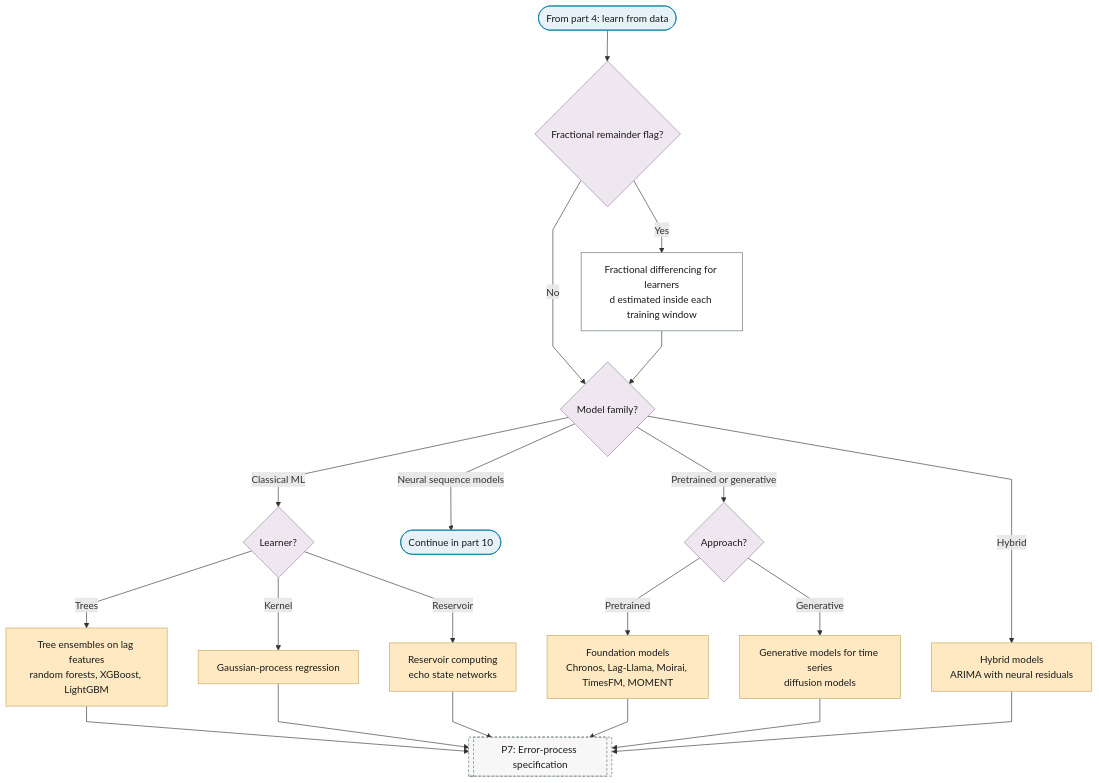
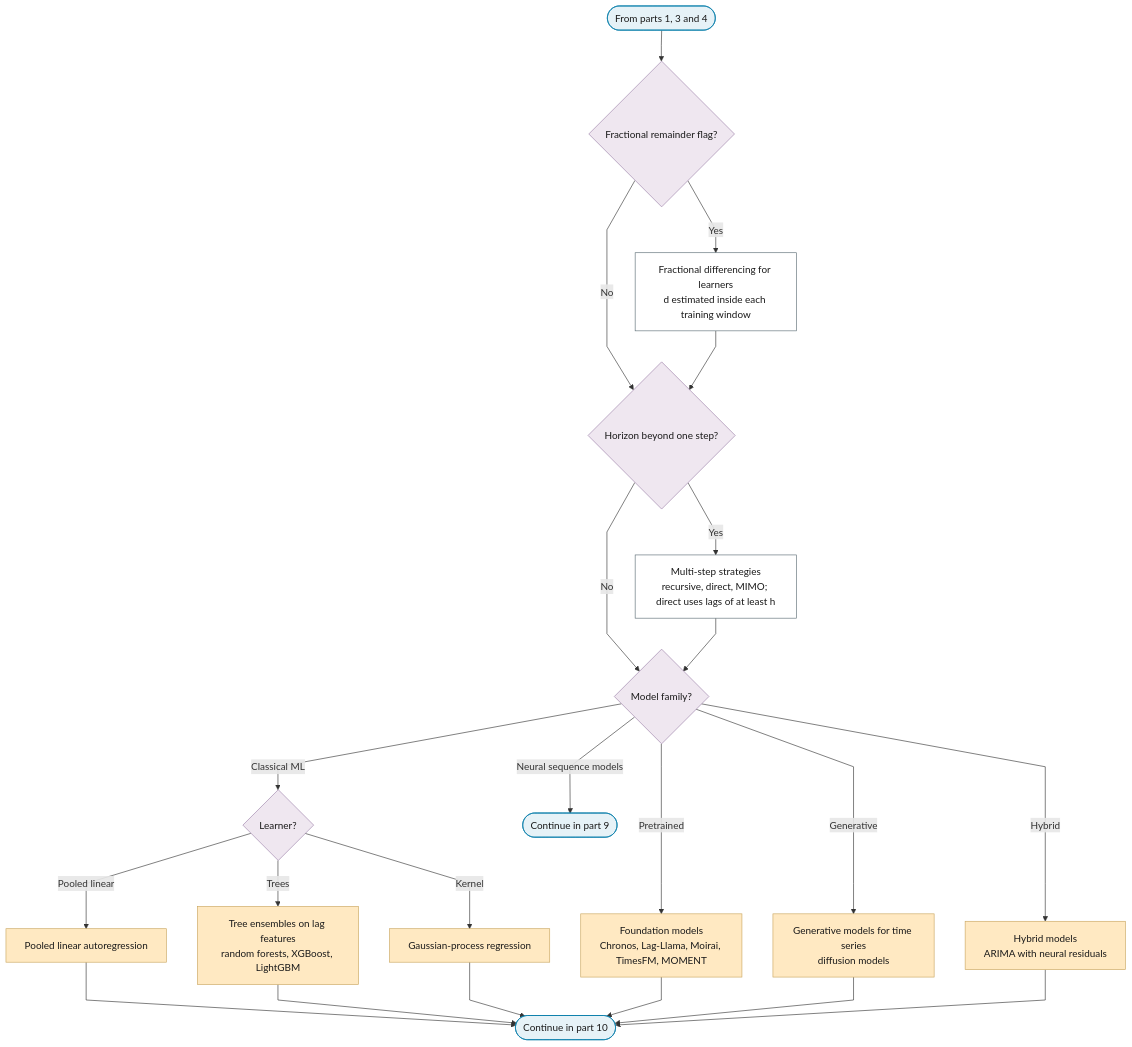
Before and after one commit to Shuxin-Y/time-series-analysis-manual: the eighth of 10 diagrams in docs/01-workflow/p06-mean-model-class.md, drawn with Mermaid. The commit also changed other lines of this file and 7 other files, not shown here.

````diff
--- a/docs/01-workflow/p06-mean-model-class.md
+++ b/docs/01-workflow/p06-mean-model-class.md
@@ -244,32 +213,33 @@
 ```mermaid
 %%{init: {"flowchart": {"curve": "linear"}}}%%
 graph TD
-    P6_PART_9_IN(["From part 4: learn from data"]) --> P6_FD_Q{"Fractional remainder flag?"}
+    P6_PART_8_IN(["From parts 1, 3 and 4"]) --> P6_FD_Q{"Fractional remainder flag?"}
     P6_FD_Q -->|"Yes"| P6_FRACTIONAL_DIFFERENCE["Fractional differencing for learners<br/>d estimated inside each training window"]
-    P6_FD_Q -->|"No"| P6_ML_FAMILY
-    P6_FRACTIONAL_DIFFERENCE --> P6_ML_FAMILY{"Model family?"}
+    P6_FD_Q -->|"No"| P6_HORIZON_Q
+    P6_FRACTIONAL_DIFFERENCE --> P6_HORIZON_Q{"Horizon beyond one step?"}
+    P6_HORIZON_Q -->|"Yes"| P6_MULTISTEP["Multi-step strategies<br/>recursive, direct, MIMO; direct uses lags of at least h"]
+    P6_HORIZON_Q -->|"No"| P6_ML_FAMILY
+    P6_MULTISTEP --> P6_ML_FAMILY{"Model family?"}
     P6_ML_FAMILY -->|"Classical ML"| P6_ML_CLASSICAL{"Learner?"}
-    P6_ML_FAMILY -->|"Neural sequence models"| P6_TO_PART_10(["Continue in part 10"])
-    P6_ML_FAMILY -->|"Pretrained or generative"| P6_ML_PRETRAINED{"Approach?"}
+    P6_ML_FAMILY -->|"Neural sequence models"| P6_TO_PART_9(["Continue in part 9"])
+    P6_ML_FAMILY -->|"Pretrained"| P6_FOUNDATION_MODELS["Foundation models<br/>Chronos, Lag-Llama, Moirai, TimesFM, MOMENT"]
+    P6_ML_FAMILY -->|"Generative"| P6_GENERATIVE["Generative models for time series<br/>diffusion models"]
     P6_ML_FAMILY -->|"Hybrid"| P6_HYBRID["Hybrid models<br/>ARIMA with neural residuals"]
+    P6_ML_CLASSICAL -->|"Pooled linear"| P6_POOLED_AR["Pooled linear autoregression"]
     P6_ML_CLASSICAL -->|"Trees"| P6_TREE_ENSEMBLES["Tree ensembles on lag features<br/>random forests, XGBoost, LightGBM"]
     P6_ML_CLASSICAL -->|"Kernel"| P6_GAUSSIAN_PROCESS["Gaussian-process regression"]
-    P6_ML_CLASSICAL -->|"Reservoir"| P6_RESERVOIR["Reservoir computing<br/>echo state networks"]
-    P6_ML_PRETRAINED -->|"Pretrained"| P6_FOUNDATION_MODELS["Foundation models<br/>Chronos, Lag-Llama, Moirai, TimesFM, MOMENT"]
-    P6_ML_PRETRAINED -->|"Generative"| P6_GENERATIVE["Generative models for time series<br/>diffusion models"]
-    P6_TREE_ENSEMBLES & P6_GAUSSIAN_PROCESS & P6_RESERVOIR --> P7
-    P6_FOUNDATION_MODELS & P6_GENERATIVE & P6_HYBRID --> P7[["P7: Error-process specification"]]
-    class P6_HYBRID,P6_TREE_ENSEMBLES,P6_GAUSSIAN_PROCESS,P6_RESERVOIR,P6_FOUNDATION_MODELS,P6_GENERATIVE escalate
-    class P6_PART_9_IN,P6_TO_PART_10 terminator
-    class P6_ML_FAMILY,P6_ML_CLASSICAL,P6_ML_PRETRAINED,P6_FD_Q decision
-    class P6_FRACTIONAL_DIFFERENCE process
-    class P7 ref
+    P6_POOLED_AR & P6_TREE_ENSEMBLES & P6_GAUSSIAN_PROCESS --> P6_PART_8_OUT
+    P6_FOUNDATION_MODELS & P6_GENERATIVE & P6_HYBRID --> P6_PART_8_OUT(["Continue in part 10"])
+    class P6_HYBRID,P6_POOLED_AR,P6_TREE_ENSEMBLES,P6_GAUSSIAN_PROCESS,P6_FOUNDATION_MODELS,P6_GENERATIVE escalate
+    class P6_PART_8_IN,P6_TO_PART_9,P6_PART_8_OUT terminator
+    class P6_FD_Q,P6_HORIZON_Q,P6_ML_FAMILY,P6_ML_CLASSICAL decision
+    class P6_FRACTIONAL_DIFFERENCE,P6_MULTISTEP process
     classDef terminator fill:#E6F2F7,stroke:#007BA7,color:#1A1A1A;
     classDef process fill:#FFFFFF,stroke:#5A6B73,color:#1A1A1A;
     classDef decision fill:#EFE7F0,stroke:#9B7FA7,color:#1A1A1A;
     classDef data fill:#FFF4E0,stroke:#C9A55E,color:#1A1A1A;
     classDef good fill:#DCEFD8,stroke:#4A7A3F,color:#1A1A1A;
     classDef escalate fill:#FFE9C2,stroke:#C9A55E,color:#1A1A1A;
     classDef problem fill:#F2D9DE,stroke:#800020,color:#1A1A1A;
     classDef ref fill:#F7F7F7,stroke:#5A6B73,color:#1A1A1A,stroke-dasharray:4 3;
 ```
````
